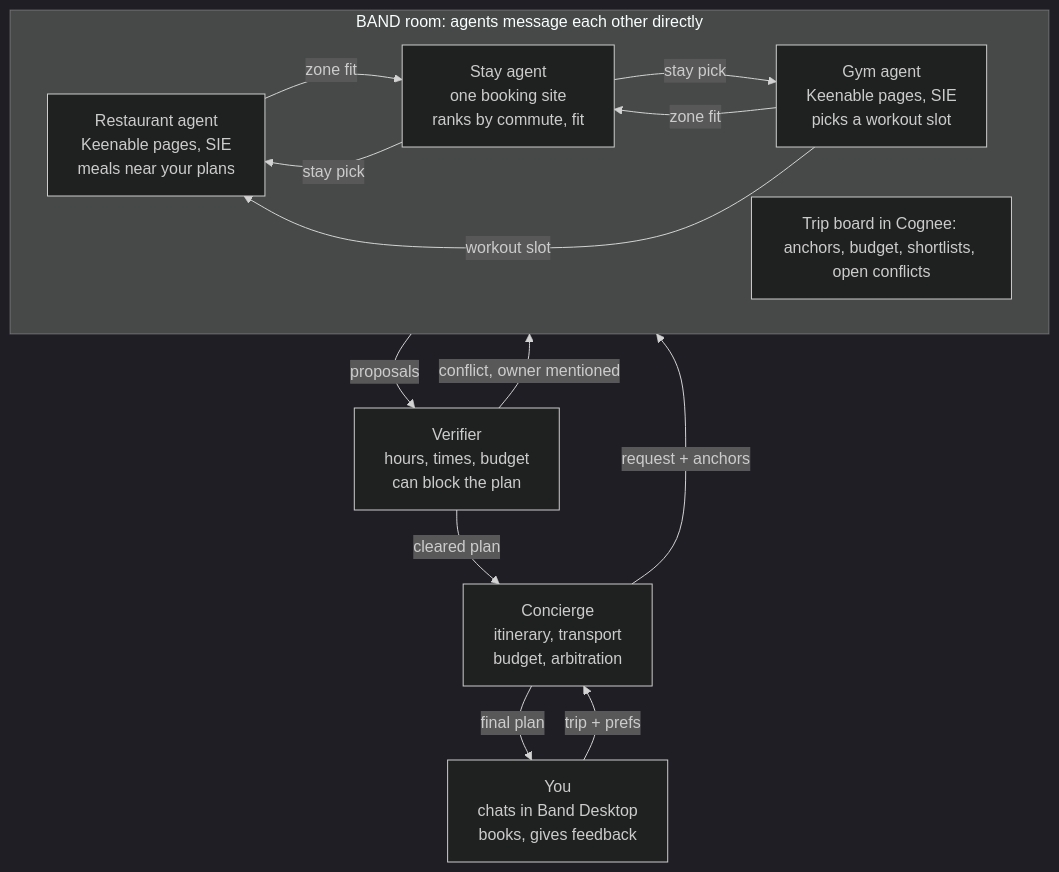
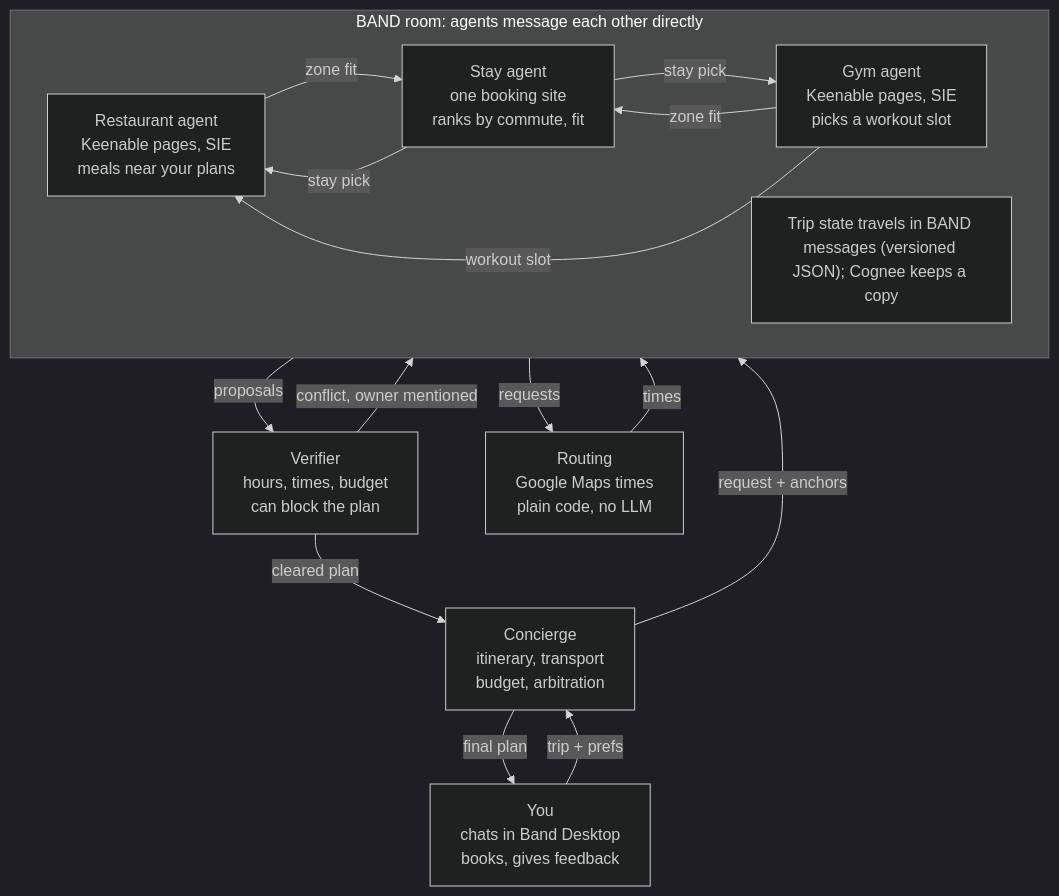
Before and after one commit to lavinama/plan-my-stay: the diagram in docs/PLAN.md, drawn with Mermaid (dark theme). The commit also changed other lines of this file, not shown here.

First line of the commit message:
docs: update the plan with the review, routing and extension decisions

````diff
--- a/docs/PLAN.md
+++ b/docs/PLAN.md
@@ -65,24 +65,27 @@
 ```mermaid
 flowchart TB
     You["You<br/>chats in Band Desktop<br/>books, gives feedback"]
     Concierge["Concierge<br/>itinerary, transport<br/>budget, arbitration"]
     subgraph Room["BAND room: agents message each other directly"]
         direction LR
         Restaurant["Restaurant agent<br/>Keenable pages, SIE<br/>meals near your plans"]
         Stay["Stay agent<br/>one booking site<br/>ranks by commute, fit"]
         Gym["Gym agent<br/>Keenable pages, SIE<br/>picks a workout slot"]
-        Board["Trip board in Cognee: anchors, budget, shortlists, open conflicts"]
+        State["Trip state travels in BAND messages (versioned JSON); Cognee keeps a copy"]
     end
     Verifier["Verifier<br/>hours, times, budget<br/>can block the plan"]
+    Routing["Routing<br/>Google Maps times<br/>plain code, no LLM"]
     You -->|"trip + prefs"| Concierge
     Concierge -->|"final plan"| You
     Concierge -->|"request + anchors"| Room
     Restaurant -->|"zone fit"| Stay
     Gym -->|"zone fit"| Stay
     Stay -->|"stay pick"| Restaurant
     Stay -->|"stay pick"| Gym
     Gym -->|"workout slot"| Restaurant
     Room -->|"proposals"| Verifier
     Verifier -->|"conflict, owner mentioned"| Room
     Verifier -->|"cleared plan"| Concierge
+    Room -->|"requests"| Routing
+    Routing -->|"times"| Room
 ```
````
